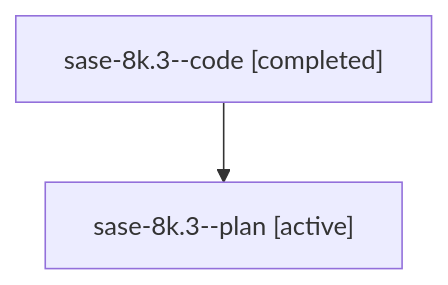
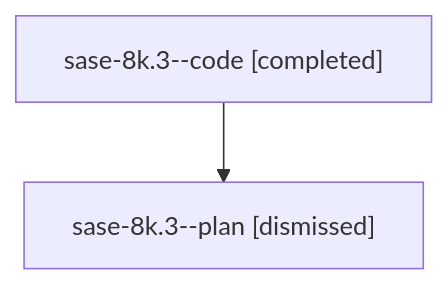
Before and after one commit to sase-org/sase--agents: the diagram in sessions/bbugyi200.athena.sase-8k.3.md, drawn with Mermaid. The commit also changed other lines of this file and 79 other files, not shown here.

````diff
--- a/sessions/bbugyi200.athena.sase-8k.3.md
+++ b/sessions/bbugyi200.athena.sase-8k.3.md
@@ -9,6 +9,6 @@
 ```mermaid
 flowchart TD
   n0["sase-8k.3--code [completed]"]
-  n1["sase-8k.3--plan [active]"]
+  n1["sase-8k.3--plan [dismissed]"]
   n0 --> n1
 ```
````
